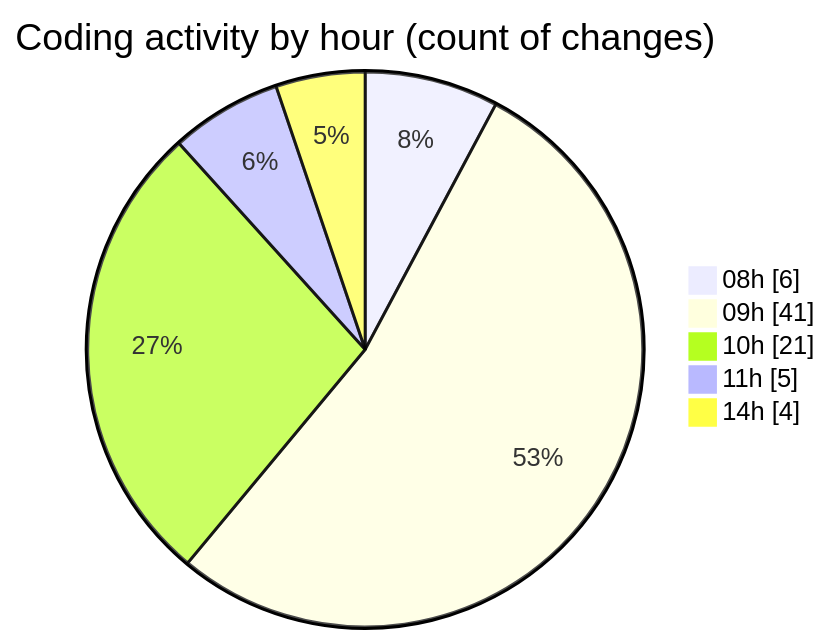
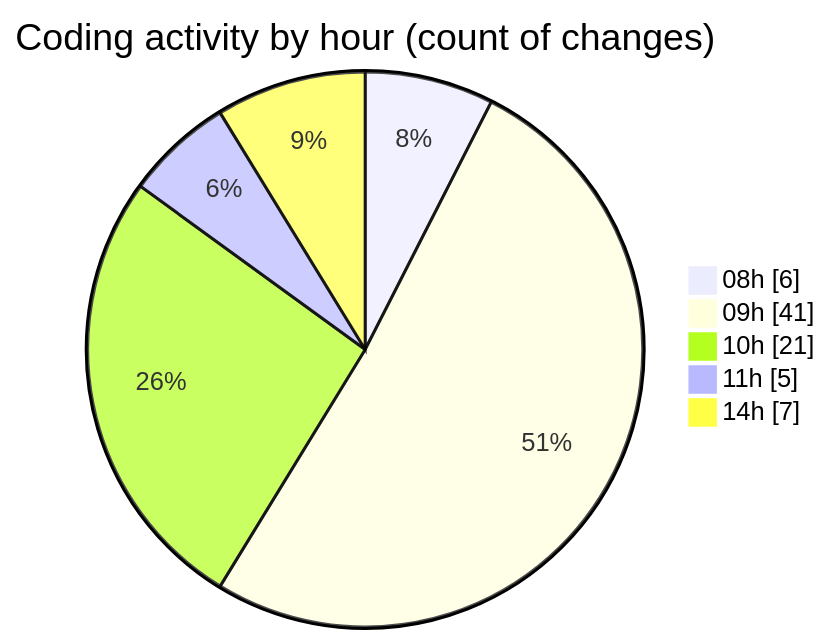
Before and after one commit to momahboobian/code-tracking: the second of 2 diagrams in 2026-01-29/cda/README.md, drawn with Mermaid. The commit also changed other lines of this file and 1 other file, not shown here.

````diff
--- a/2026-01-29/cda/README.md
+++ b/2026-01-29/cda/README.md
@@ -34,9 +34,9 @@
 ```mermaid
 pie showData
 title Coding activity by hour (count of changes)
 "08h" : 6
 "09h" : 41
 "10h" : 21
 "11h" : 5
-"14h" : 4
+"14h" : 7
 ```
````
